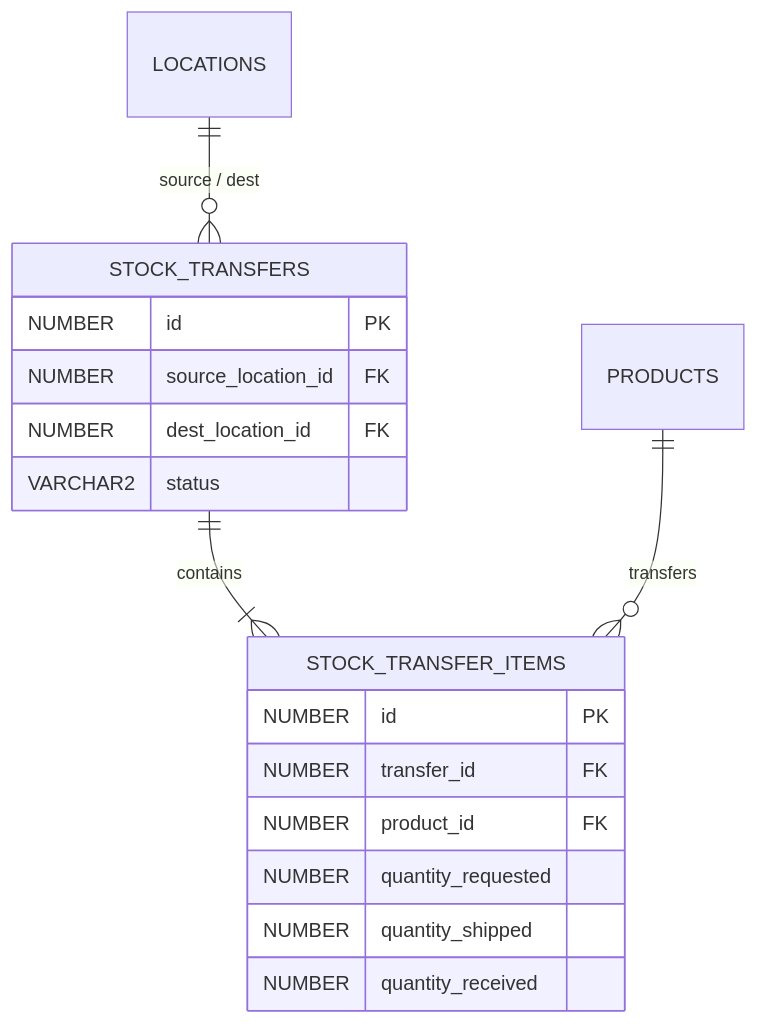
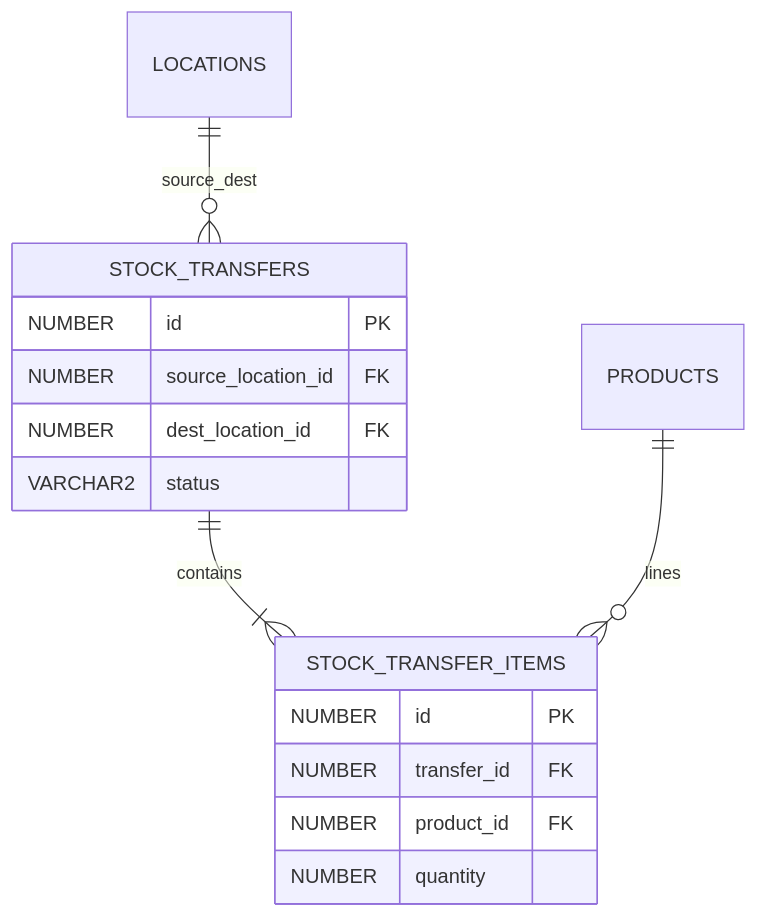
Before and after one commit to kirtika-0102/StockSmart: the fifth of 9 diagrams in docs/database.md, drawn with Mermaid. The commit also changed other lines of this file and 74 other files, not shown here.

Commit message:
architecture of application

````diff
--- a/docs/database.md
+++ b/docs/database.md
@@ -246,21 +153,19 @@
 ```mermaid
 erDiagram
-    LOCATIONS ||--o{ STOCK_TRANSFERS : "source / dest"
-    STOCK_TRANSFERS ||--|{ STOCK_TRANSFER_ITEMS : "contains"
-    PRODUCTS ||--o{ STOCK_TRANSFER_ITEMS : "transfers"
+    STOCK_TRANSFERS ||--|{ STOCK_TRANSFER_ITEMS : contains
+    LOCATIONS ||--o{ STOCK_TRANSFERS : source_dest
+    PRODUCTS ||--o{ STOCK_TRANSFER_ITEMS : lines
 
     STOCK_TRANSFERS {
         NUMBER id PK
         NUMBER source_location_id FK
         NUMBER dest_location_id FK
         VARCHAR2 status
     }
     STOCK_TRANSFER_ITEMS {
         NUMBER id PK
         NUMBER transfer_id FK
         NUMBER product_id FK
-        NUMBER quantity_requested
-        NUMBER quantity_shipped
-        NUMBER quantity_received
+        NUMBER quantity
     }
 ```
````
